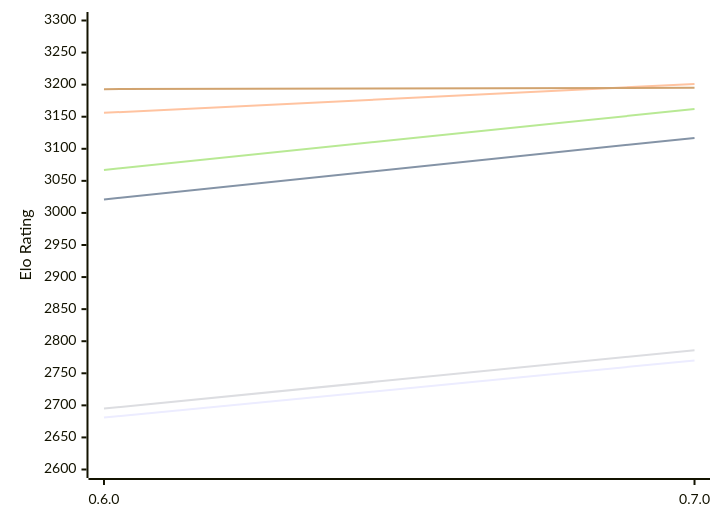
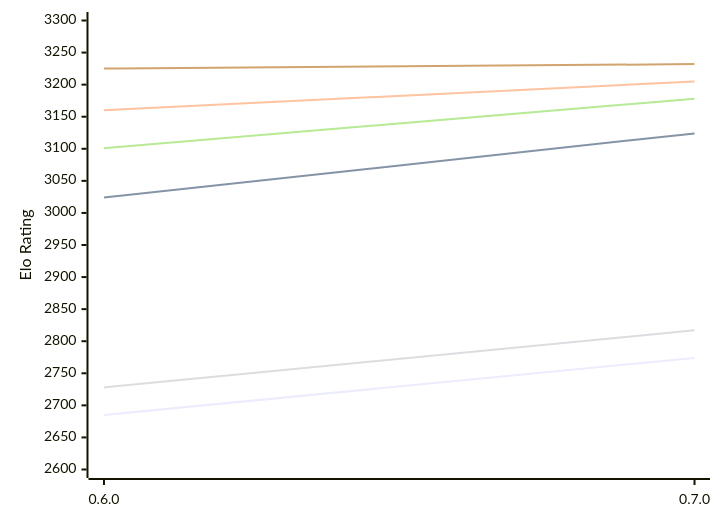
The first of 2 diagrams in engines/AteNika.md (computer-chess-index/cci), drawn with Mermaid before and after one commit. The commit also changed other lines of this file, not shown here.

Commit message:
Update CCI Ratings (ELO VLTC) - 2026-11-01

````diff
--- a/engines/AteNika.md
+++ b/engines/AteNika.md
@@ -52,12 +52,12 @@
 ```mermaid
 %%{init: {"theme":"base","themeVariables":{"seriesColors:['#a3a3a3','#222221','#faa371']}}}%%
 xychart-beta
   x-axis ["0.6.0", "0.7.0"]
   y-axis "Elo Rating" 2600 --> 3300
-  line "E1: STC (8.0+0.08s)" [2681, 2770]
-  line "E1: LTC (60.0+0.60s)" [3021, 3117]
-  line "E1: VLTC (2m24s+1.12s)" [3156, 3201]
-  line "P1: STC (8.0+0.08s)" [2695, 2786]
-  line "P1: LTC (60.0+0.60s)" [3067, 3162]
-  line "P1: VLTC (2m24s+1.12s)" [3193, 3195]
+  line "E1: STC (8.0+0.08s)" [2685, 2774]
+  line "E1: LTC (60.0+0.60s)" [3024, 3124]
+  line "E1: VLTC (2m24s+1.12s)" [3160, 3205]
+  line "P1: STC (8.0+0.08s)" [2728, 2817]
+  line "P1: LTC (60.0+0.60s)" [3101, 3178]
+  line "P1: VLTC (2m24s+1.12s)" [3225, 3232]
 ```
````
